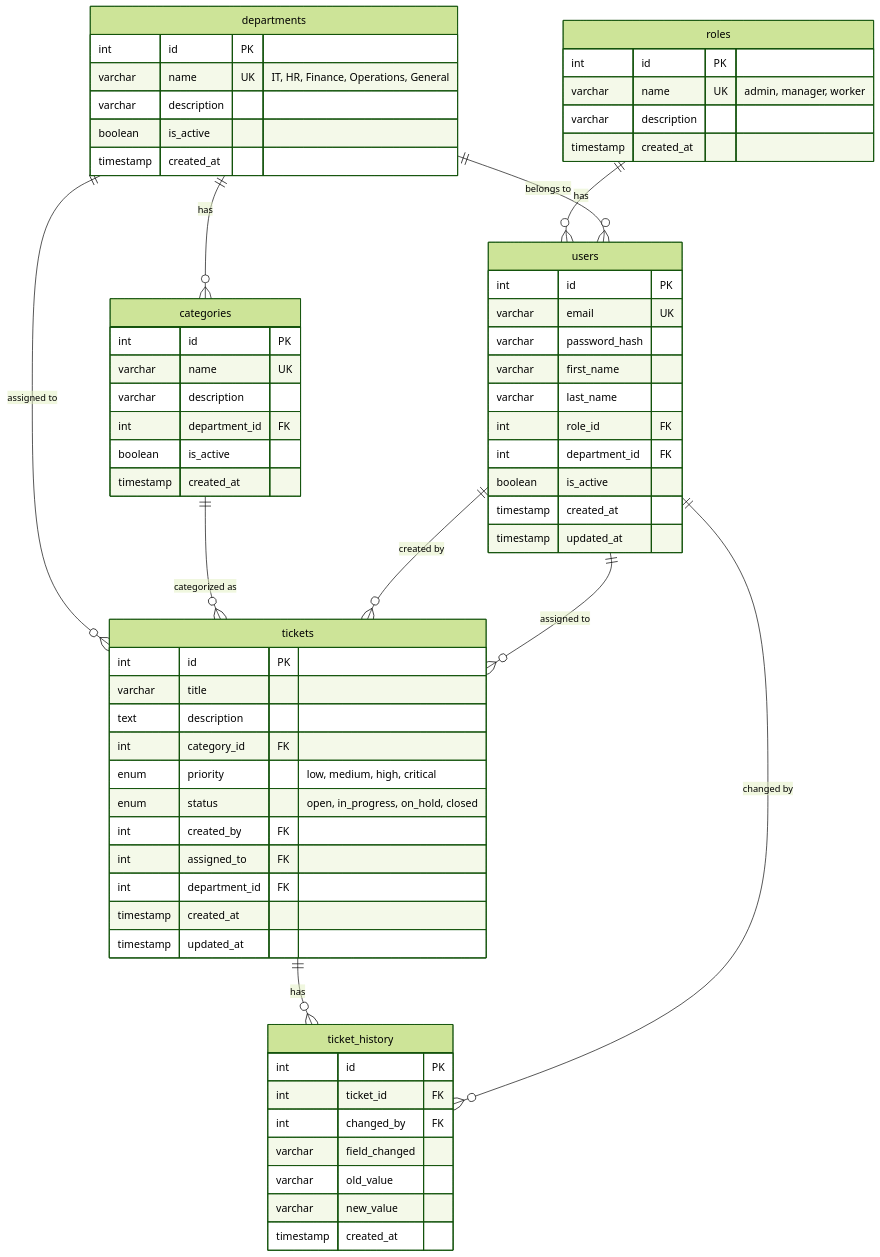
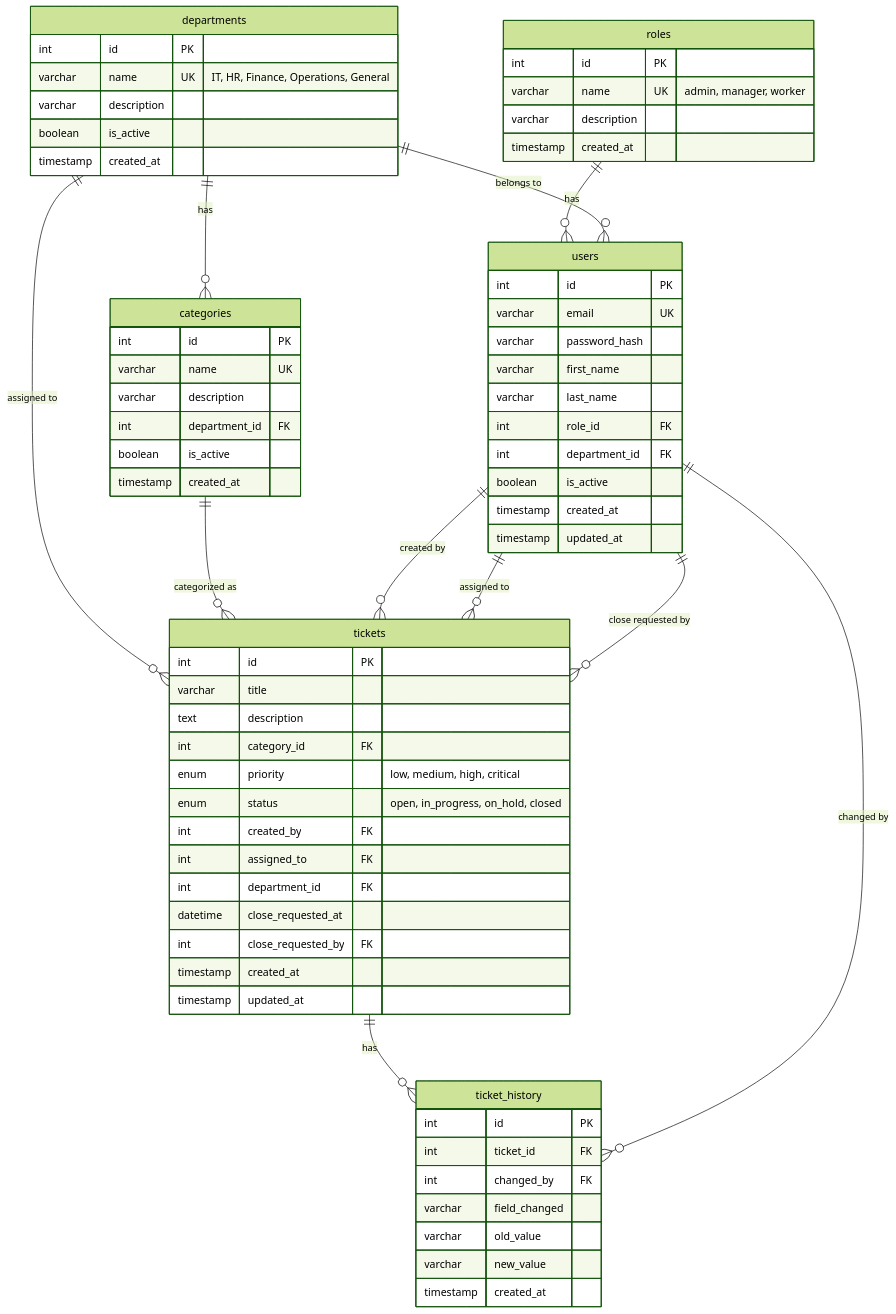
The diagram in docs/er-diagram.mmd (AkayK/Odo-TicketSystem), drawn with Mermaid (forest theme) before and after one commit. The commit also changed 23 other files, not shown here.

```diff
--- a/docs/er-diagram.mmd
+++ b/docs/er-diagram.mmd
@@ -1,71 +1,74 @@
 erDiagram
     roles {
         int id PK
         varchar name UK "admin, manager, worker"
         varchar description
         timestamp created_at
     }
 
     departments {
         int id PK
         varchar name UK "IT, HR, Finance, Operations, General"
         varchar description
         boolean is_active
         timestamp created_at
     }
 
     users {
         int id PK
         varchar email UK
         varchar password_hash
         varchar first_name
         varchar last_name
         int role_id FK
         int department_id FK
         boolean is_active
         timestamp created_at
         timestamp updated_at
     }
 
     categories {
         int id PK
         varchar name UK
         varchar description
         int department_id FK
         boolean is_active
         timestamp created_at
     }
 
     tickets {
         int id PK
         varchar title
         text description
         int category_id FK
         enum priority "low, medium, high, critical"
         enum status "open, in_progress, on_hold, closed"
         int created_by FK
         int assigned_to FK
         int department_id FK
+        datetime close_requested_at
+        int close_requested_by FK
         timestamp created_at
         timestamp updated_at
     }
 
     ticket_history {
         int id PK
         int ticket_id FK
         int changed_by FK
         varchar field_changed
         varchar old_value
         varchar new_value
         timestamp created_at
     }
 
     roles ||--o{ users : "has"
     departments ||--o{ users : "belongs to"
     departments ||--o{ categories : "has"
     departments ||--o{ tickets : "assigned to"
     categories ||--o{ tickets : "categorized as"
     users ||--o{ tickets : "created by"
     users ||--o{ tickets : "assigned to"
+    users ||--o{ tickets : "close requested by"
     tickets ||--o{ ticket_history : "has"
     users ||--o{ ticket_history : "changed by"
```
